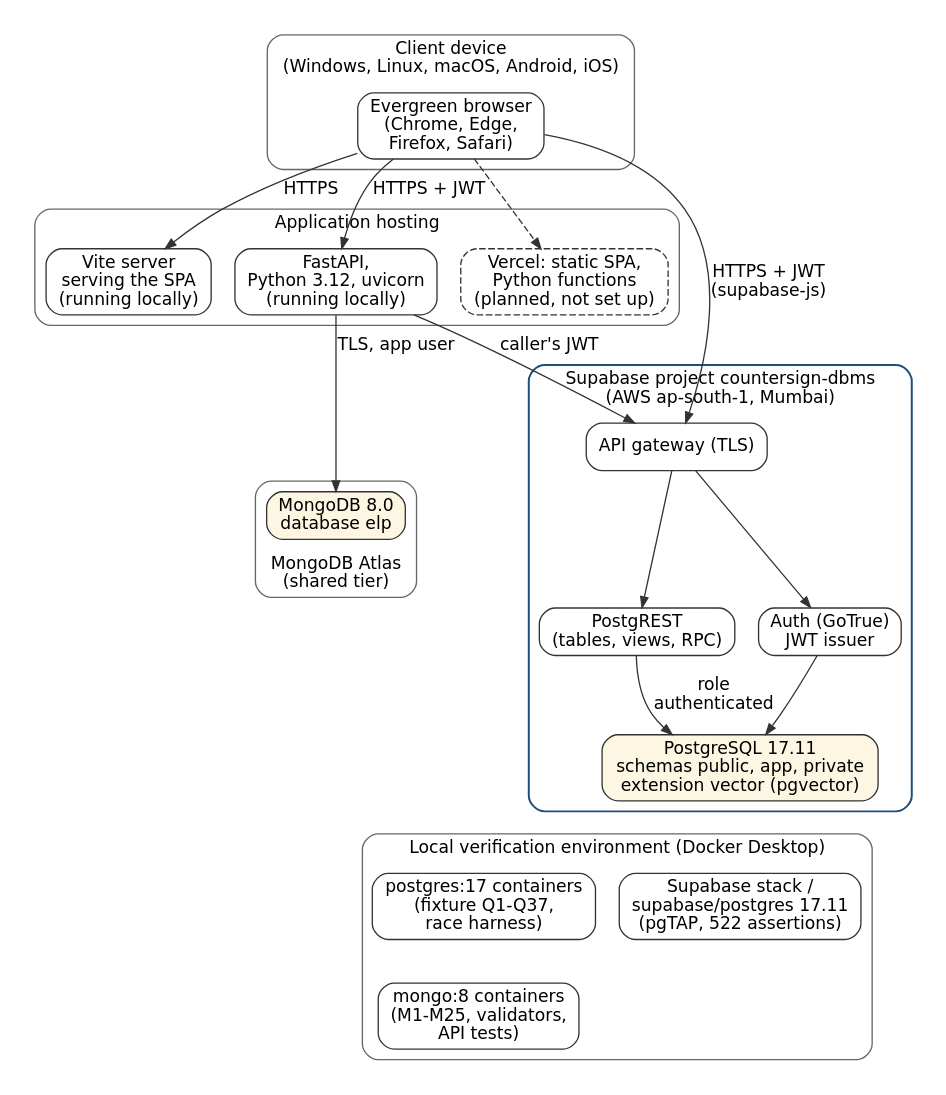
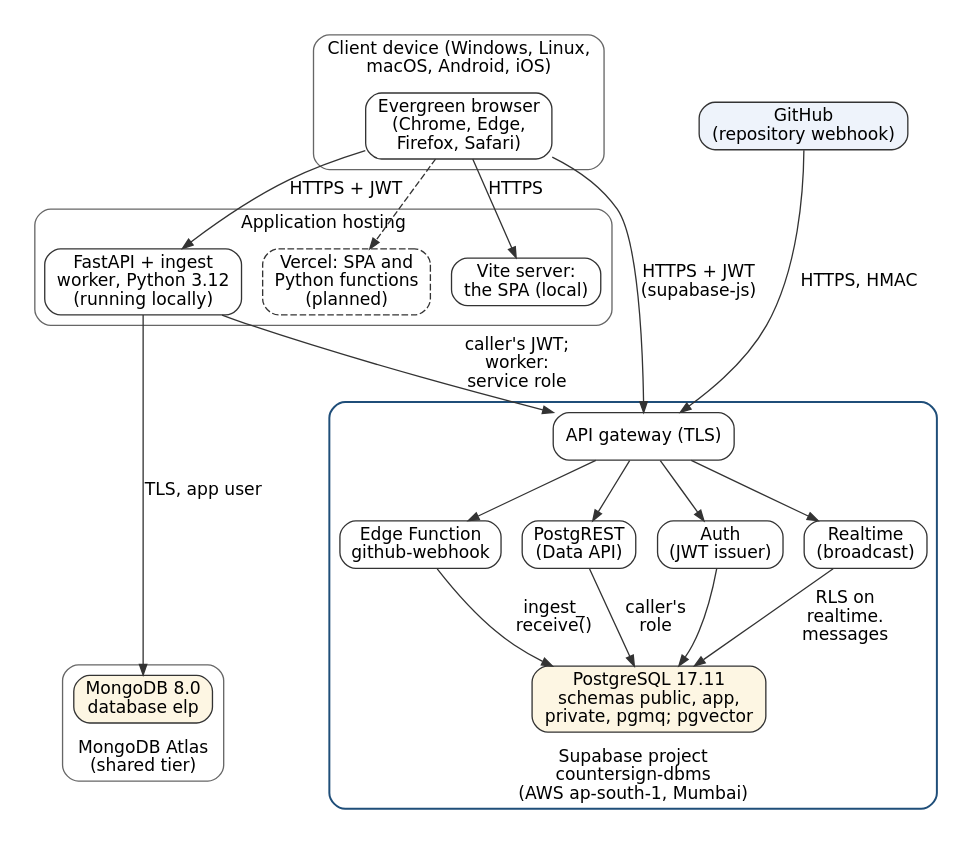
One commit to Arun-Sanjay/countersign-dbms changed the diagram in docs/lab/diagrams/c2_fig3_deployment.dot. Above: the diagram before and after it, drawn with Graphviz. The commit also changed 152 other files, not shown here.

```diff
--- a/docs/lab/diagrams/c2_fig3_deployment.dot
+++ b/docs/lab/diagrams/c2_fig3_deployment.dot
@@ -1,57 +1,57 @@
-// C2 SRS, Figure 3 (revision 1.1): Operating environment (deployment), top to bottom.
-// Solid = running and exercised by a test run on 4 Nov 2026; dashed = planned, not set up.
-// The cloud project countersign-dbms was checked on 4 Nov 2026 through the Supabase
-// Management API: migrations 0001-0004 applied, status ACTIVE_HEALTHY (C2_SRS.md §4, G7).
+// C2 SRS, Figure 3 (revision 1.2): Operating environment (deployment), top to bottom.
+// Solid = running and exercised by a recorded test run; dashed = planned, not set up.
+// The local verification environment (Docker) is listed in the table under the figure,
+// not drawn, so that the figure stays legible in print.
+// The cloud project countersign-dbms was checked on 5 Nov 2026 through the Supabase
+// Management API: migrations 0001-0006 applied, status ACTIVE_HEALTHY, Edge Function
+// github-webhook ACTIVE (C2_SRS.md §4, G7).
 digraph deployment {
-    graph [rankdir=TB, fontname="DejaVu Sans", fontsize=13, nodesep=0.25, ranksep=0.45, pad=0.15,
+    graph [rankdir=TB, fontname="DejaVu Sans", fontsize=13, nodesep=0.22, ranksep=0.45, pad=0.15,
            compound=true, newrank=true];
     node  [fontname="DejaVu Sans", fontsize=13, shape=box, style="rounded,filled", fillcolor="#ffffff", color="#333333"];
     edge  [fontname="DejaVu Sans", fontsize=13, color="#333333", arrowsize=0.8];
 
     subgraph cluster_client {
-        label="Client device\n(Windows, Linux, macOS, Android, iOS)"; style=rounded; color="#666666";
+        label="Client device (Windows, Linux,\nmacOS, Android, iOS)"; style=rounded; color="#666666";
         browser [label="Evergreen browser\n(Chrome, Edge,\nFirefox, Safari)"];
     }
+    gh [label="GitHub\n(repository webhook)", fillcolor="#eef3fb"];
+    { rank=same; browser; gh; }
 
     subgraph cluster_host {
         label="Application hosting"; style=rounded; color="#666666";
-        devsrv [label="Vite server\nserving the SPA\n(running locally)"];
-        fapi   [label="FastAPI,\nPython 3.12, uvicorn\n(running locally)"];
-        vercel [label="Vercel: static SPA,\nPython functions\n(planned, not set up)", style="rounded,dashed"];
+        devsrv [label="Vite server:\nthe SPA (local)"];
+        fapi   [label="FastAPI + ingest\nworker, Python 3.12\n(running locally)"];
+        vercel [label="Vercel: SPA and\nPython functions\n(planned)", style="rounded,dashed"];
     }
 
     subgraph cluster_supa {
-        label="Supabase project countersign-dbms\n(AWS ap-south-1, Mumbai)"; style=rounded; color="#1f4e79"; penwidth=1.5;
+        label="Supabase project\ncountersign-dbms\n(AWS ap-south-1, Mumbai)"; labelloc=b; style=rounded; color="#1f4e79"; penwidth=1.5;
         kong   [label="API gateway (TLS)"];
-        rest   [label="PostgREST\n(tables, views, RPC)"];
-        gotrue [label="Auth (GoTrue)\nJWT issuer"];
-        db     [label="PostgreSQL 17.11\nschemas public, app, private\nextension vector (pgvector)", fillcolor="#fdf6e3"];
-        { rank=same; rest; gotrue; }
+        efn    [label="Edge Function\ngithub-webhook"];
+        rest   [label="PostgREST\n(Data API)"];
+        gotrue [label="Auth\n(JWT issuer)"];
+        rt     [label="Realtime\n(broadcast)"];
+        db     [label="PostgreSQL 17.11\nschemas public, app,\nprivate, pgmq; pgvector", fillcolor="#fdf6e3"];
+        { rank=same; efn; rest; gotrue; rt; }
     }
 
     subgraph cluster_atlas {
         label="MongoDB Atlas\n(shared tier)"; labelloc=b; style=rounded; color="#666666";
         mdb [label="MongoDB 8.0\ndatabase elp", fillcolor="#fdf6e3"];
     }
-
-    subgraph cluster_local {
-        label="Local verification environment (Docker Desktop)"; style="rounded"; color="#666666";
-        lsupa  [label="Supabase stack /\nsupabase/postgres 17.11\n(pgTAP, 522 assertions)"];
-        lpg    [label="postgres:17 containers\n(fixture Q1-Q37,\nrace harness)"];
-        lmongo [label="mongo:8 containers\n(M1-M25, validators,\nAPI tests)"];
-        { rank=same; lsupa; lpg; }
-        lpg -> lmongo [style=invis];
-    }
+    { rank=same; db; mdb; }
 
     browser -> devsrv [label="HTTPS"];
-    browser -> kong   [label="HTTPS + JWT\n(supabase-js)"];
     browser -> fapi   [label="HTTPS + JWT"];
     browser -> vercel [style=dashed];
-    kong -> rest; kong -> gotrue;
-    rest -> db [label="role\nauthenticated"];
+    browser -> kong   [label="HTTPS + JWT\n(supabase-js)"];
+    gh -> kong [label="HTTPS, HMAC"];
+    kong -> efn; kong -> rest; kong -> gotrue; kong -> rt;
+    efn -> db [label="ingest_\nreceive()"];
+    rest -> db [label="caller's\nrole"];
     gotrue -> db;
-    fapi -> kong [label="caller's JWT"];
+    rt -> db [label="RLS on\nrealtime.\nmessages"];
+    fapi -> kong [label="caller's JWT;\nworker:\nservice role"];
     fapi -> mdb  [label="TLS, app user"];
-    db -> lsupa [style=invis];
-    mdb -> lmongo [style=invis];
 }
```
